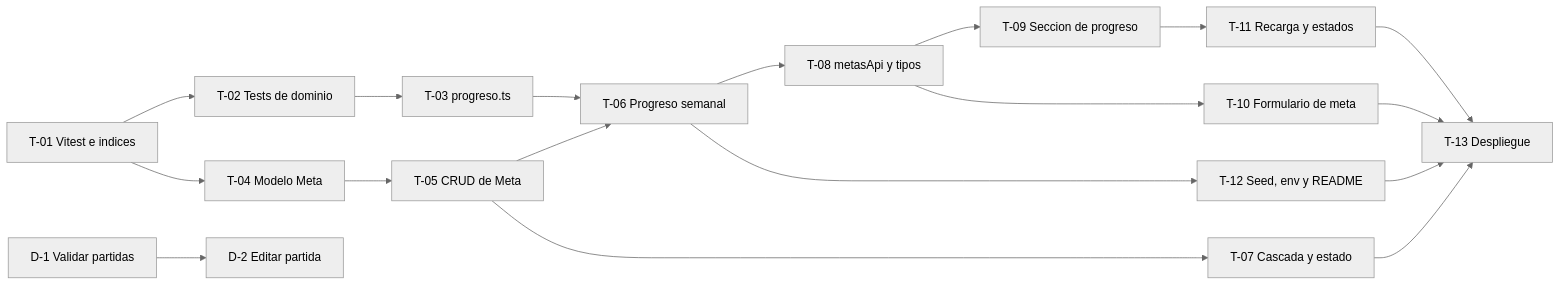
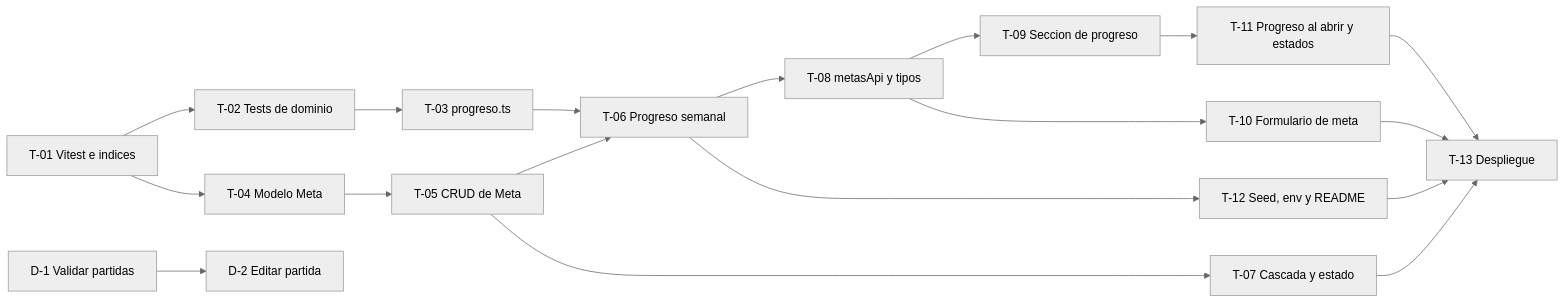
Before and after one commit to MateoG27/diario_gamerMG: the diagram in docs/backlog/E2-metas-y-rachas.md, drawn with Mermaid (neutral theme). The commit also changed other lines of this file and 1 other file, not shown here.

Commit message:
docs (E2): spec del frontend de progreso y meta

````diff
--- a/docs/backlog/E2-metas-y-rachas.md
+++ b/docs/backlog/E2-metas-y-rachas.md
@@ -291,20 +291,20 @@
 ```mermaid
 flowchart LR
   T01["T-01 Vitest e indices"] --> T02["T-02 Tests de dominio"]
   T02 --> T03["T-03 progreso.ts"]
   T01 --> T04["T-04 Modelo Meta"]
   T04 --> T05["T-05 CRUD de Meta"]
   T03 --> T06["T-06 Progreso semanal"]
   T05 --> T06
   T05 --> T07["T-07 Cascada y estado"]
   T06 --> T08["T-08 metasApi y tipos"]
   T08 --> T09["T-09 Seccion de progreso"]
   T08 --> T10["T-10 Formulario de meta"]
-  T09 --> T11["T-11 Recarga y estados"]
+  T09 --> T11["T-11 Progreso al abrir y estados"]
   T06 --> T12["T-12 Seed, env y README"]
   T07 --> T13["T-13 Despliegue"]
   T10 --> T13
   T11 --> T13
   T12 --> T13
   D1["D-1 Validar partidas"] --> D2["D-2 Editar partida"]
 ```
````
